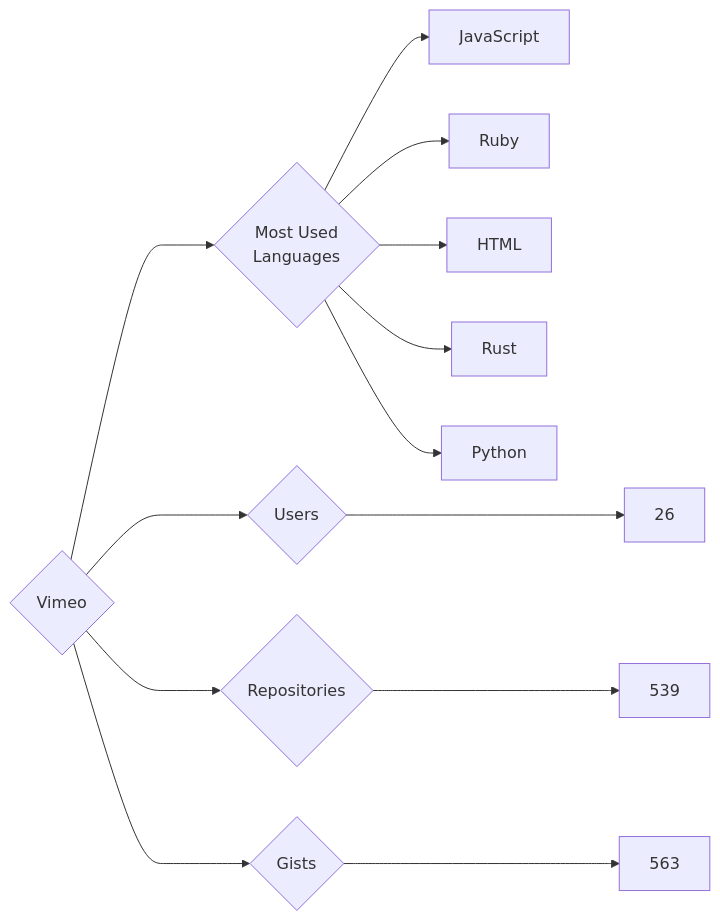
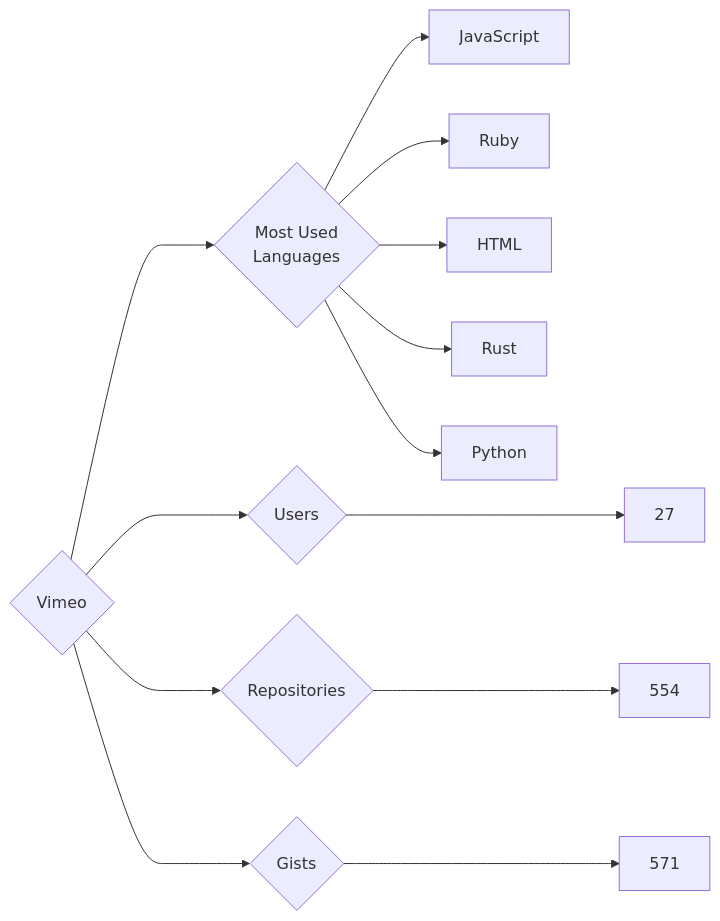
The diagram in targets/Vimeo/README.md (trickest/insiders), drawn with Mermaid before and after one commit. The commit also changed 806 other files, not shown here.

````diff
--- a/targets/Vimeo/README.md
+++ b/targets/Vimeo/README.md
@@ -3,13 +3,13 @@
 ```mermaid
 graph LR
 COMPANY_NAME{Vimeo}
-COMPANY_NAME ---> U{Users} ---> UN[26]
-COMPANY_NAME ---> R{Repositories} ---> RN[539]
-COMPANY_NAME ---> G{Gists} ---> GN[563]
+COMPANY_NAME ---> U{Users} ---> UN[27]
+COMPANY_NAME ---> R{Repositories} ---> RN[554]
+COMPANY_NAME ---> G{Gists} ---> GN[571]
 COMPANY_NAME ---> ML{Most Used<br>Languages}
 ML --> JavaScript[JavaScript]
 ML --> Ruby[Ruby]
 ML --> HTML[HTML]
 ML --> Rust[Rust]
 ML --> Python[Python]
 ```
````
